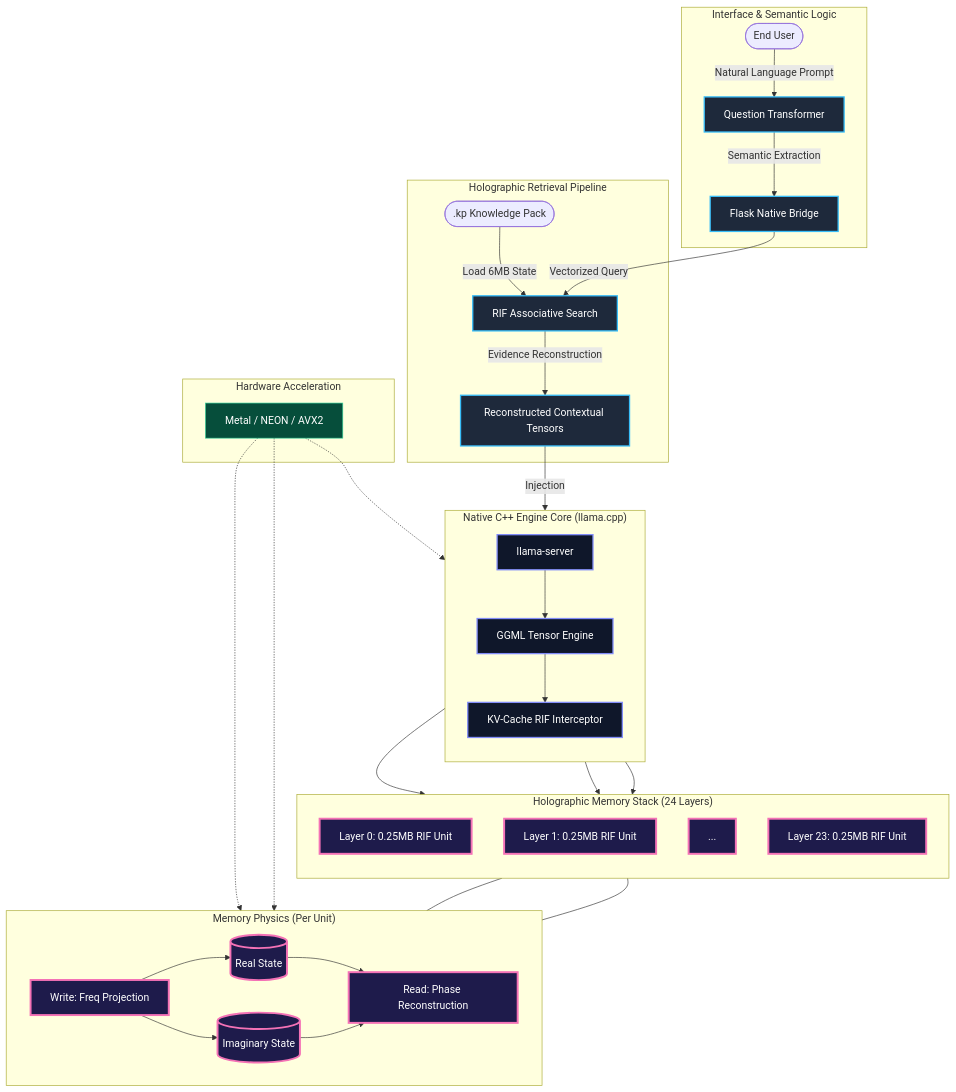
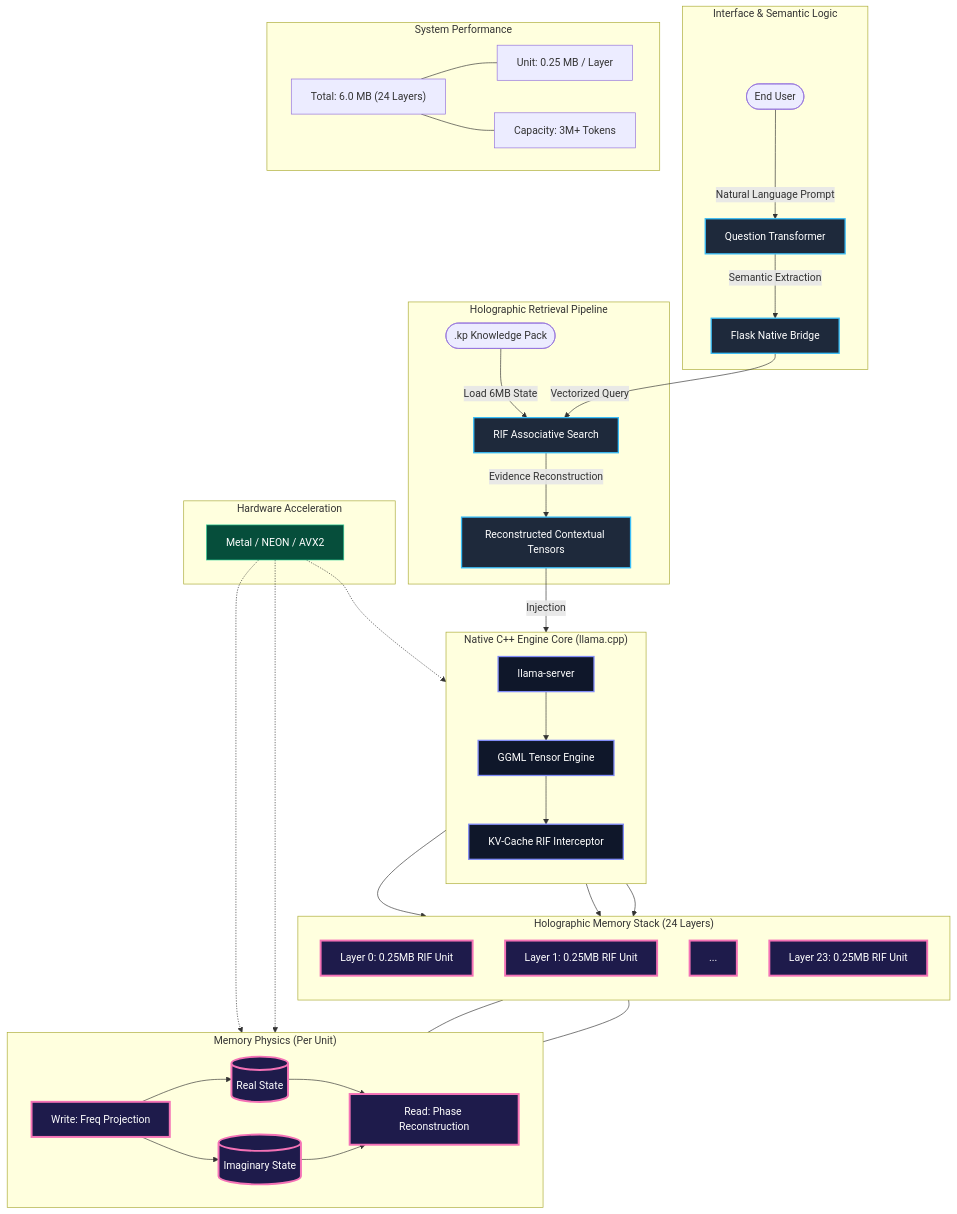
One commit to maduperera/Kalpana-Desktop changed the diagram in README.md. Above: the diagram before and after it, drawn with Mermaid.

Commit message:
🚀 Update: Synchronized clarified Per-Layer vs Total Memory specs

````diff
--- a/README.md
+++ b/README.md
@@ -14,69 +14,77 @@
 ```mermaid
 graph TD
     subgraph "Interface & Semantic Logic"
         User([End User]) -->|Natural Language Prompt| QT[Question Transformer]
         QT -->|Semantic Extraction| API[Flask Native Bridge]
     end
 
     subgraph "Holographic Retrieval Pipeline"
         API -->|Vectorized Query| RIF_SEARCH[RIF Associative Search]
         KP_LOAD([.kp Knowledge Pack]) -->|Load 6MB State| RIF_SEARCH
         RIF_SEARCH -->|Evidence Reconstruction| CONTEXT[Reconstructed Contextual Tensors]
     end
 
     subgraph "Native C++ Engine Core (llama.cpp)"
         direction TB
         LS[llama-server]
         GT[GGML Tensor Engine]
         KV_HOOK[KV-Cache RIF Interceptor]
         
         LS --> GT
         GT --> KV_HOOK
     end
 
     subgraph "Holographic Memory Stack (24 Layers)"
         direction TB
         L0[Layer 0: 0.25MB RIF Unit]
         L1[Layer 1: 0.25MB RIF Unit]
         LD[...]
         L23[Layer 23: 0.25MB RIF Unit]
         
         KV_HOOK --> L0
         KV_HOOK --> L1
         KV_HOOK --> L23
     end
 
     subgraph "Memory Physics (Per Unit)"
         direction LR
         W[Write: Freq Projection]
         SRE[(Real State)]
         SIM[(Imaginary State)]
         R[Read: Phase Reconstruction]
         
         W --> SRE
         W --> SIM
         SRE --> R
         SIM --> R
     end
 
+    subgraph "System Performance"
+        UNIT["Unit: 0.25 MB / Layer"]
+        FIXED["Total: 6.0 MB (24 Layers)"]
+        CAP["Capacity: 3M+ Tokens"]
+    end
+
     subgraph "Hardware Acceleration"
         HW[Metal / NEON / AVX2]
     end
 
     CONTEXT -->|Injection| KV_HOOK
     L0 --- W
     L23 --- R
+    FIXED --- UNIT
+    FIXED --- CAP
     HW -.-> GT
     HW -.-> W
     HW -.-> R
 
     classDef logic fill:#1e293b,stroke:#38bdf8,stroke-width:2px,color:#fff;
     classDef native fill:#0f172a,stroke:#818cf8,stroke-width:2px,color:#fff;
     classDef rif fill:#1e1b4b,stroke:#f472b6,stroke-width:3px,color:#fff;
     classDef hw fill:#064e3b,stroke:#34d399,stroke-width:1px,color:#fff;
 
     class QT,API,RIF_SEARCH,CONTEXT logic;
     class LS,GT,KV_HOOK native;
     class L0,L1,LD,L23,W,SRE,SIM,R rif;
     class HW hw;
 ```
````
